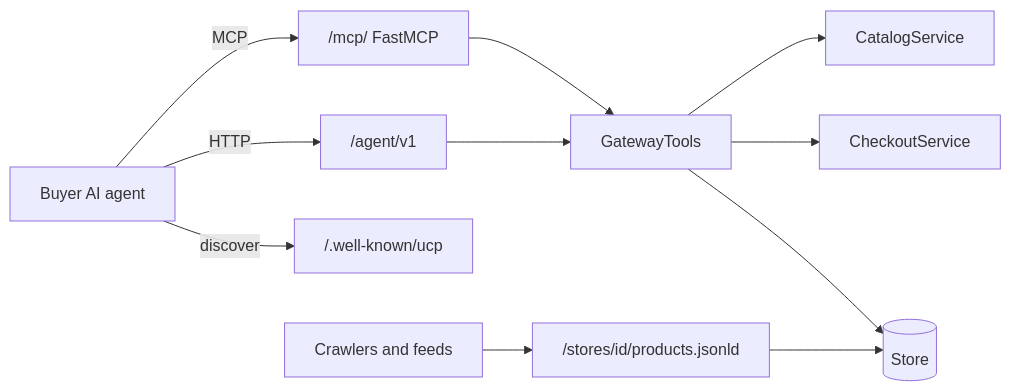
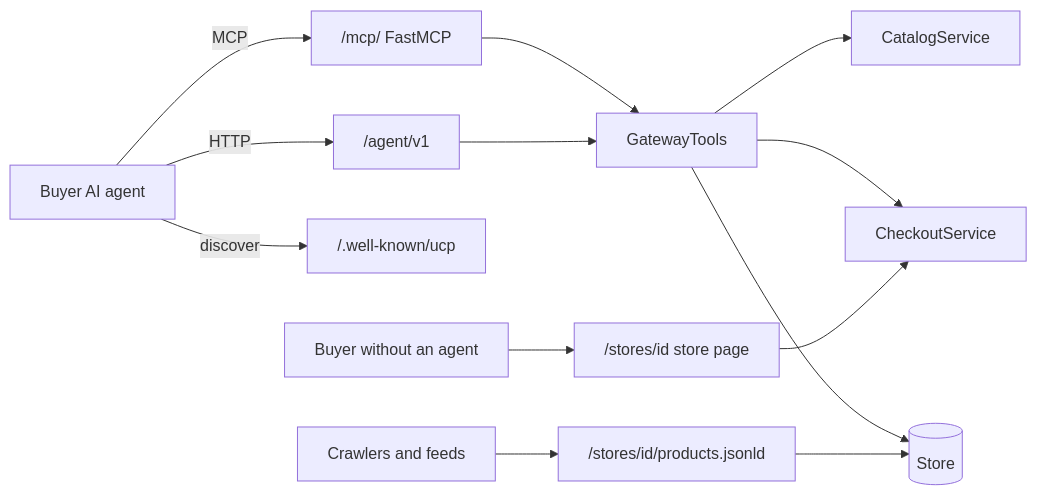
One commit to galihsatriawan/etalase changed the diagram in learn/architecture/agent-gateway.md. Above: the diagram before and after it, drawn with Mermaid. The commit also changed other lines of this file and 106 other files, not shown here.

````diff
--- a/learn/architecture/agent-gateway.md
+++ b/learn/architecture/agent-gateway.md
@@ -29,13 +30,15 @@
 ```mermaid
 flowchart LR
   AG[Buyer AI agent] -->|MCP| MCP["/mcp/ FastMCP"]
   AG -->|HTTP| REST["/agent/v1"]
   AG -->|discover| UCP["/.well-known/ucp"]
   CR[Crawlers and feeds] --> LD["/stores/id/products.jsonld"]
+  BU[Buyer without an agent] --> SF["/stores/id store page"]
   MCP --> GT[GatewayTools]
   REST --> GT
   GT --> CAT[CatalogService]
   GT --> CO[CheckoutService]
   GT --> ST[(Store)]
   LD --> ST
+  SF --> CO
 ```
````
